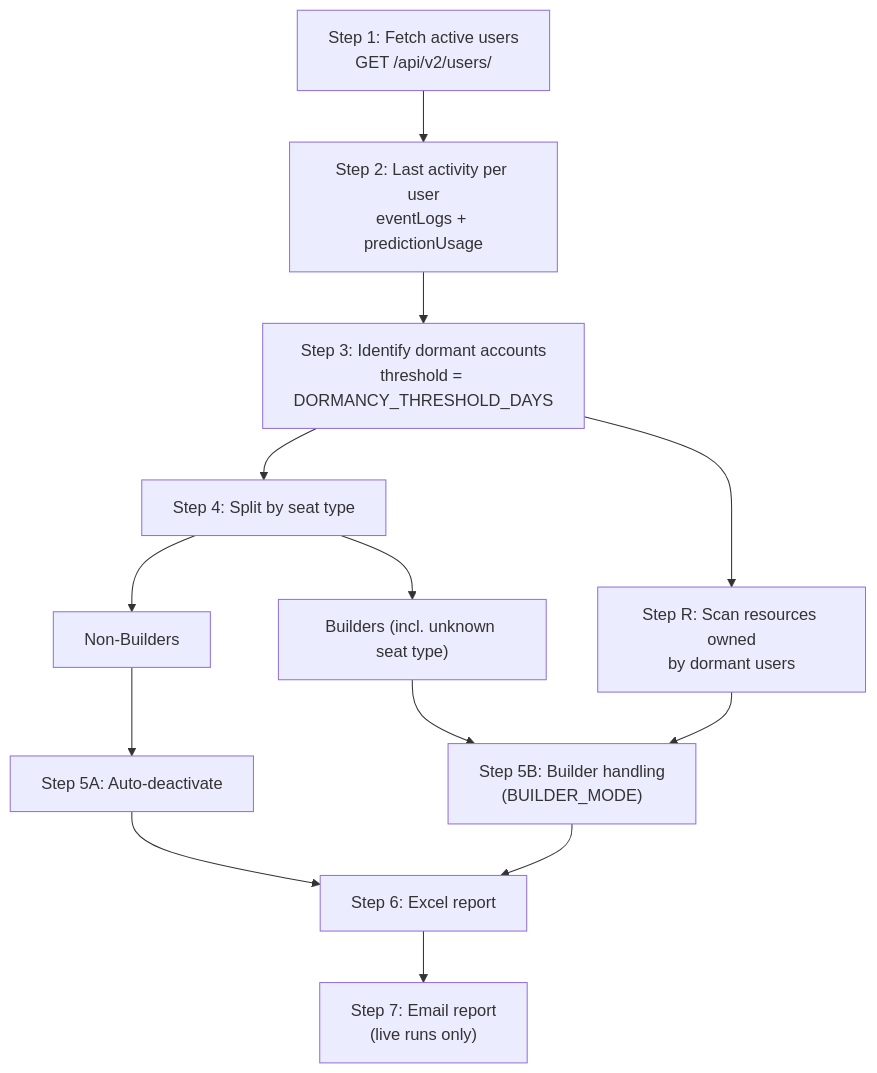
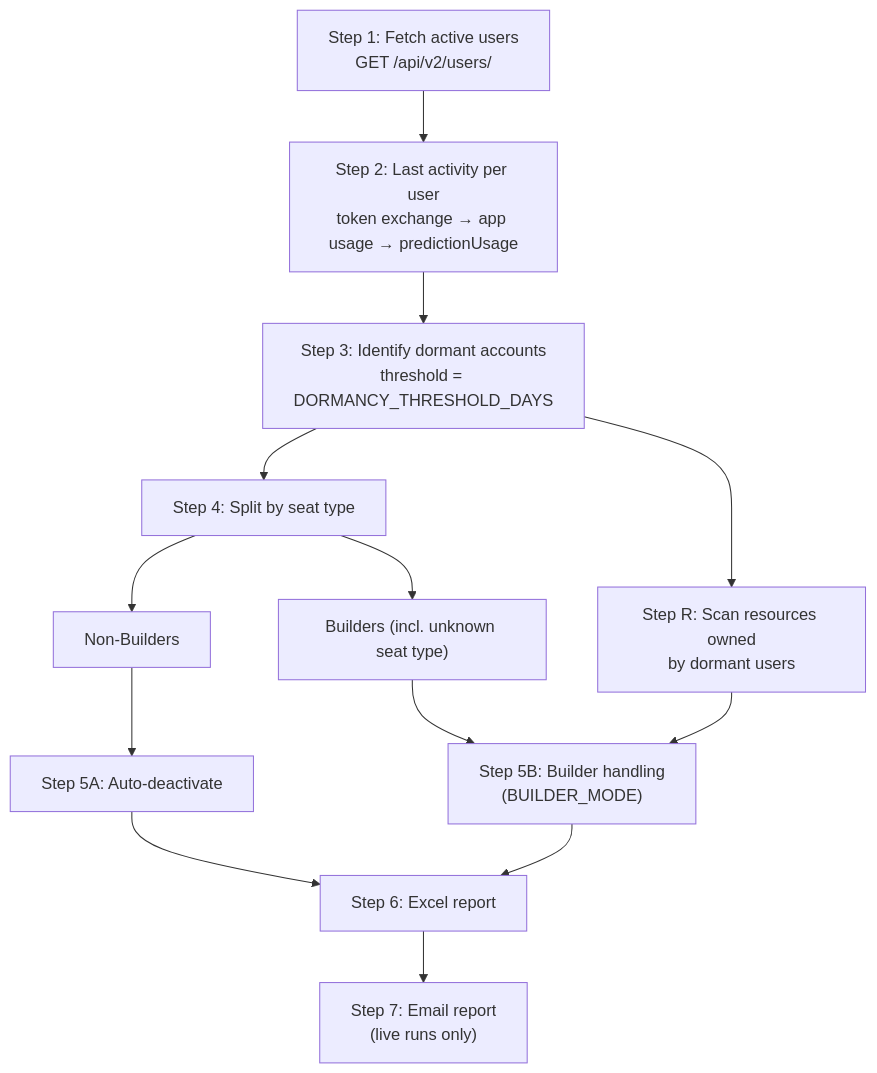
Before and after one commit to hassanahmed15432/Dormancy-Custom-Job: the diagram in README.md, drawn with Mermaid. The commit also changed other lines of this file and 1 other file, not shown here.

First line of the commit message:
Track JWT token exchanges as activity and reduce audit-log load

````diff
--- a/README.md
+++ b/README.md
@@ -27,15 +27,15 @@
 ```mermaid
 flowchart TD
     S1["Step 1: Fetch active users<br/>GET /api/v2/users/"] --> S2
-    S2["Step 2: Last activity per user<br/>eventLogs + predictionUsage"] --> S3
+    S2["Step 2: Last activity per user<br/>token exchange → app usage → predictionUsage"] --> S3
     S3["Step 3: Identify dormant accounts<br/>threshold = DORMANCY_THRESHOLD_DAYS"] --> S4
     S4["Step 4: Split by seat type"] --> NB["Non-Builders"]
     S4 --> B["Builders (incl. unknown seat type)"]
     S3 --> SR["Step R: Scan resources owned<br/>by dormant users"]
     NB --> S5A["Step 5A: Auto-deactivate"]
     B --> S5B["Step 5B: Builder handling<br/>(BUILDER_MODE)"]
     SR --> S5B
     S5A --> S6["Step 6: Excel report"]
     S5B --> S6
     S6 --> S7["Step 7: Email report<br/>(live runs only)"]
 ```
````
